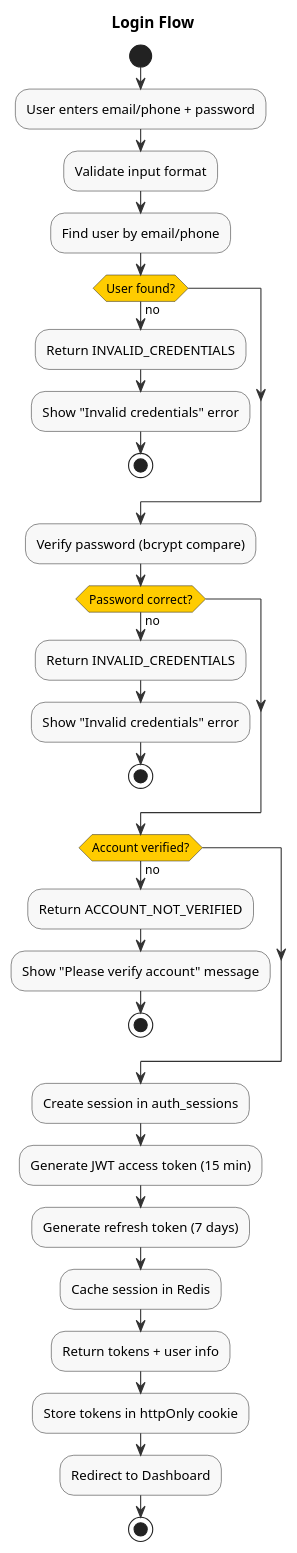
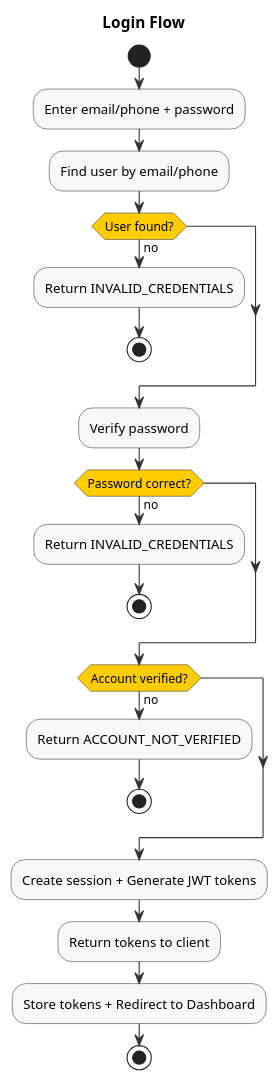
One commit to namnh240795/document changed the diagram in modules/auth/diagrams/activity/login-activity.puml. Above: the diagram before and after it, drawn with PlantUML. The commit also changed 35 other files, not shown here.

First line of the commit message:
Merge system flows with use cases in SRS, update diagrams and module docs

```diff
--- a/modules/auth/diagrams/activity/login-activity.puml
+++ b/modules/auth/diagrams/activity/login-activity.puml
@@ -1,61 +1,47 @@
 @startuml
 ' ============================================================
-' Activity Diagram - Login Flow
-' Simplified without swimlanes
+' Activity Diagram - Login Flow (Compact for A4)
 ' ============================================================
 
 skinparam activity {
   BackgroundColor #F8F8F8
   BorderColor #333333
   ArrowColor #333333
   DiamondBackgroundColor #FFCC00
   DiamondBorderColor #333333
 }
 
 title Login Flow
 
 start
 
-:User enters email/phone + password;
-
-:Validate input format;
+:Enter email/phone + password;
 
 :Find user by email/phone;
 
 if (User found?) then (no)
   :Return INVALID_CREDENTIALS;
-  :Show "Invalid credentials" error;
   stop
 endif
 
-:Verify password (bcrypt compare);
+:Verify password;
 
 if (Password correct?) then (no)
   :Return INVALID_CREDENTIALS;
-  :Show "Invalid credentials" error;
   stop
 endif
 
 if (Account verified?) then (no)
   :Return ACCOUNT_NOT_VERIFIED;
-  :Show "Please verify account" message;
   stop
 endif
 
-:Create session in auth_sessions;
+:Create session + Generate JWT tokens;
 
-:Generate JWT access token (15 min);
+:Return tokens to client;
 
-:Generate refresh token (7 days);
-
-:Cache session in Redis;
-
-:Return tokens + user info;
-
-:Store tokens in httpOnly cookie;
-
-:Redirect to Dashboard;
+:Store tokens + Redirect to Dashboard;
 
 stop
 
 @enduml
```
